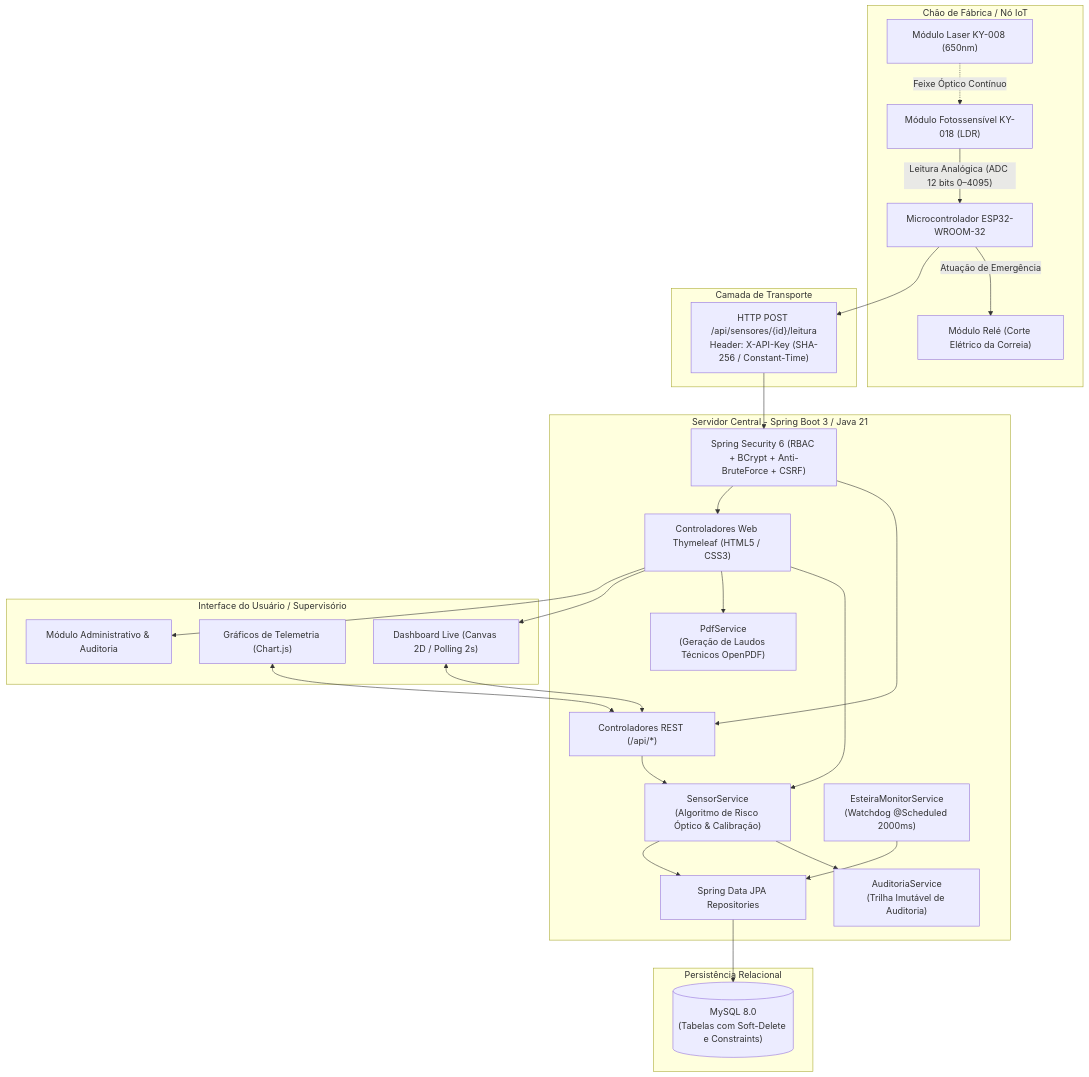
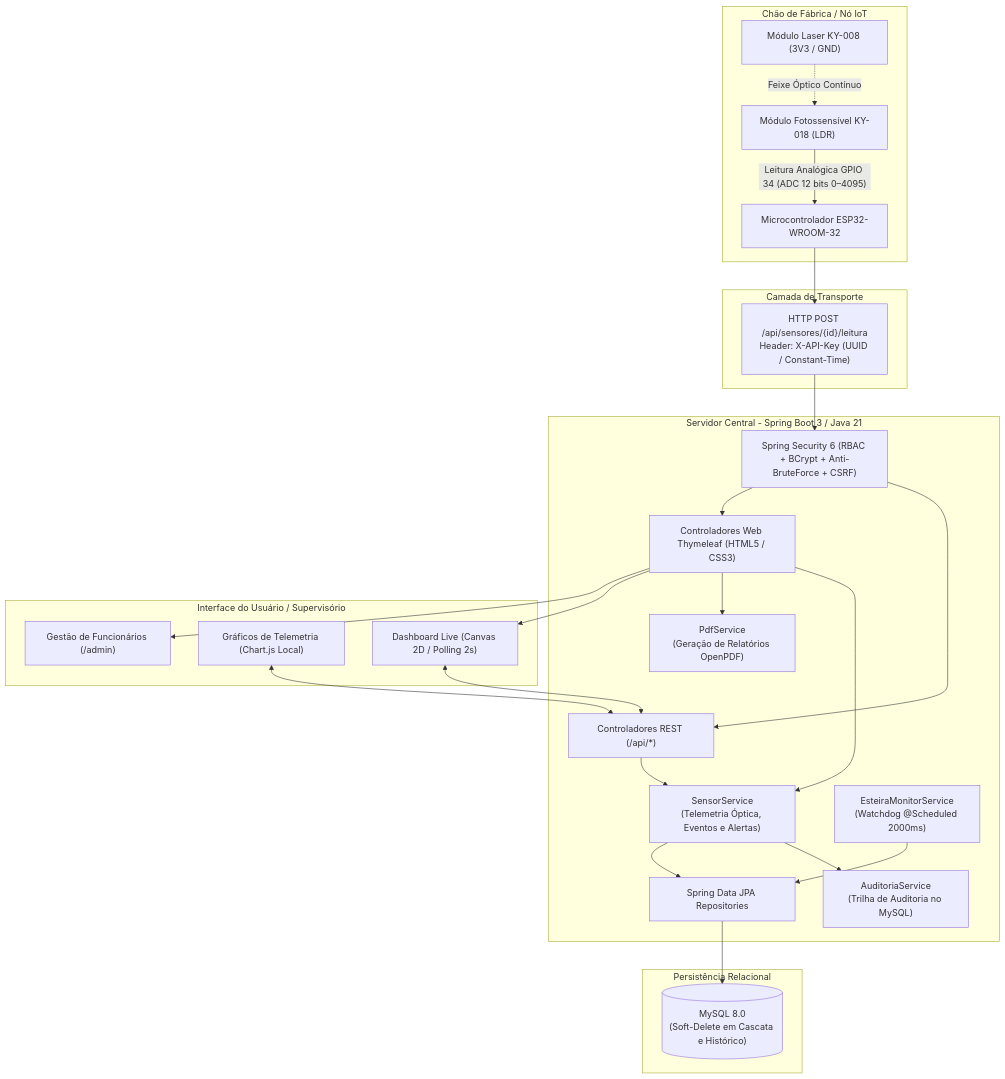
Before and after one commit to Dev-SdaeEsteira/Sistema-de-monitoramento-de-esteiras: the first of 2 diagrams in README.md, drawn with Mermaid. The commit also changed other lines of this file and 6 other files, not shown here.

````diff
--- a/README.md
+++ b/README.md
@@ -51,58 +51,56 @@
 ```mermaid
 flowchart TD
     subgraph IoT_Hardware ["Chão de Fábrica / Nó IoT"]
         ESP32["Microcontrolador ESP32-WROOM-32"]
-        Laser["Módulo Laser KY-008 (650nm)"]
+        Laser["Módulo Laser KY-008 (3V3 / GND)"]
         LDR["Módulo Fotossensível KY-018 (LDR)"]
-        Rele["Módulo Relé (Corte Elétrico da Correia)"]
-        
+
         Laser -.->|"Feixe Óptico Contínuo"| LDR
-        LDR -->|"Leitura Analógica (ADC 12 bits 0–4095)"| ESP32
-        ESP32 -->|"Atuação de Emergência"| Rele
+        LDR -->|"Leitura Analógica GPIO 34 (ADC 12 bits 0–4095)"| ESP32
     end
 
     subgraph Network_Protocol ["Camada de Transporte"]
-        HTTP_POST["HTTP POST /api/sensores/{id}/leitura\nHeader: X-API-Key (SHA-256 / Constant-Time)"]
+        HTTP_POST["HTTP POST /api/sensores/{id}/leitura\nHeader: X-API-Key (UUID / Constant-Time)"]
     end
 
     subgraph Backend_App ["Servidor Central - Spring Boot 3 / Java 21"]
         Security["Spring Security 6 (RBAC + BCrypt + Anti-BruteForce + CSRF)"]
         RestControllers["Controladores REST (/api/*)"]
         WebControllers["Controladores Web Thymeleaf (HTML5 / CSS3)"]
-        
-        SensorService["SensorService\n(Algoritmo de Risco Óptico & Calibração)"]
+
+        SensorService["SensorService\n(Telemetria Óptica, Eventos e Alertas)"]
         EsteiraMonitor["EsteiraMonitorService\n(Watchdog @Scheduled 2000ms)"]
-        AuditoriaService["AuditoriaService\n(Trilha Imutável de Auditoria)"]
-        PdfService["PdfService\n(Geração de Laudos Técnicos OpenPDF)"]
-        
+        AuditoriaService["AuditoriaService\n(Trilha de Auditoria no MySQL)"]
+        PdfService["PdfService\n(Geração de Relatórios OpenPDF)"]
+
         Repositories["Spring Data JPA Repositories"]
     end
 
     subgraph Database ["Persistência Relacional"]
-        MySQL[("MySQL 8.0\n(Tabelas com Soft-Delete e Constraints)")]
+        MySQL[("MySQL 8.0\n(Soft-Delete em Cascata e Histórico)")]
     end
 
     subgraph Frontend_App ["Interface do Usuário / Supervisório"]
         Dashboard["Dashboard Live (Canvas 2D / Polling 2s)"]
-        TelemetryCharts["Gráficos de Telemetria (Chart.js)"]
-        AdminAudit["Módulo Administrativo & Auditoria"]
+        TelemetryCharts["Gráficos de Telemetria (Chart.js Local)"]
+        AdminPanel["Gestão de Funcionários (/admin)"]
     end
 
     ESP32 --> HTTP_POST
     HTTP_POST --> Security
     Security --> RestControllers
     Security --> WebControllers
 
     RestControllers --> SensorService
     WebControllers --> SensorService
     WebControllers --> PdfService
     EsteiraMonitor --> Repositories
     SensorService --> AuditoriaService
     SensorService --> Repositories
     Repositories --> MySQL
 
     Dashboard <--> RestControllers
     TelemetryCharts <--> RestControllers
     WebControllers --> Dashboard
-    WebControllers --> AdminAudit
+    WebControllers --> AdminPanel
 ```
````
